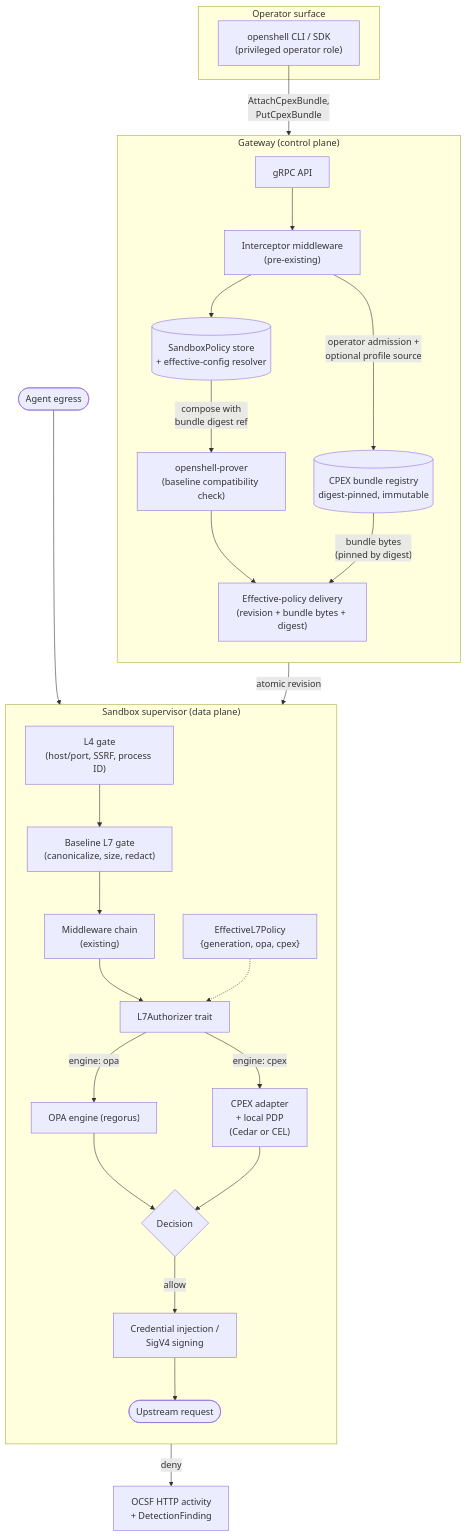
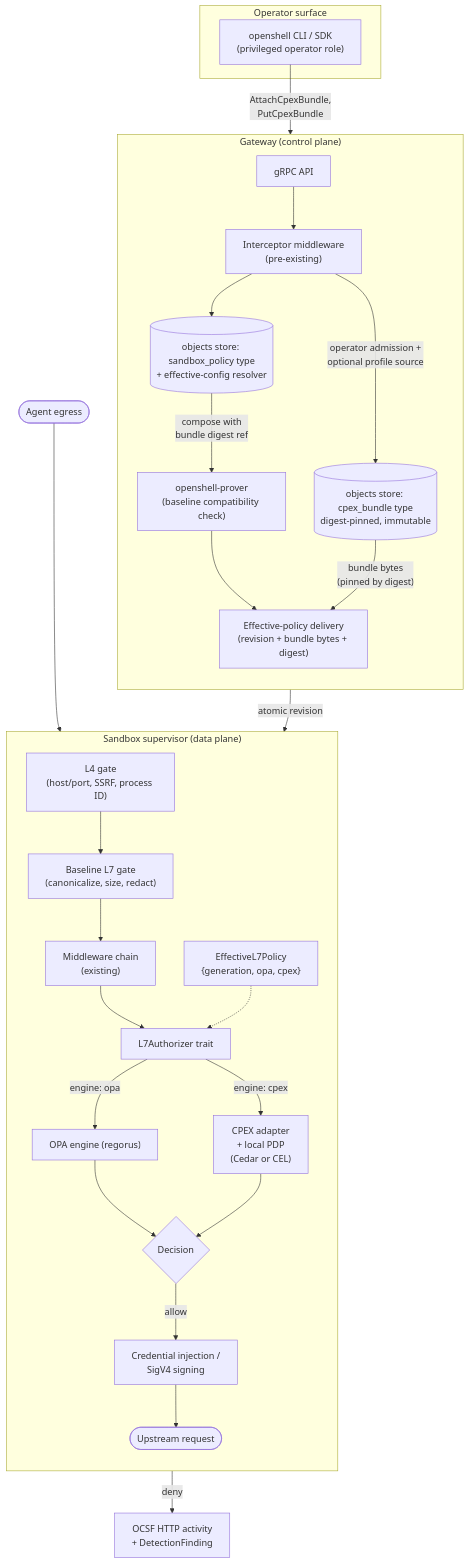
The first of 2 diagrams in docs/plans/2026-07-17-001-feat-cpex-openshell-integration.md (contextforge-org/cpex), drawn with Mermaid before and after one commit. The commit also changed other lines of this file, not shown here.

Commit message:
use existing OpenShell gateway store for bundle

````diff
--- a/docs/plans/2026-07-17-001-feat-cpex-openshell-integration.md
+++ b/docs/plans/2026-07-17-001-feat-cpex-openshell-integration.md
@@ -121,46 +121,46 @@
 ```mermaid
 flowchart TB
     subgraph OPERATOR["Operator surface"]
         OPCLI["openshell CLI / SDK<br/>(privileged operator role)"]
     end
 
     subgraph GATEWAY["Gateway (control plane)"]
         direction TB
         API["gRPC API"]
         INTERCEPT["Interceptor middleware<br/>(pre-existing)"]
-        REGISTRY[("CPEX bundle registry<br/>digest-pinned, immutable")]
-        POLSTORE[("SandboxPolicy store<br/>+ effective-config resolver")]
+        REGISTRY[("objects store: cpex_bundle type<br/>digest-pinned, immutable")]
+        POLSTORE[("objects store: sandbox_policy type<br/>+ effective-config resolver")]
         PROVER["openshell-prover<br/>(baseline compatibility check)"]
         DELIVER["Effective-policy delivery<br/>(revision + bundle bytes + digest)"]
     end
 
     subgraph SUPERVISOR["Sandbox supervisor (data plane)"]
         direction TB
         POLICYGEN["EffectiveL7Policy<br/>{generation, opa, cpex}"]
         L4["L4 gate<br/>(host/port, SSRF, process ID)"]
         BASELINE["Baseline L7 gate<br/>(canonicalize, size, redact)"]
         MW["Middleware chain<br/>(existing)"]
         AUTHZ["L7Authorizer trait"]
         OPA["OPA engine (regorus)"]
         CPEX_RT["CPEX adapter<br/>+ local PDP<br/>(Cedar or CEL)"]
         DECIDE{"Decision"}
         INJECT["Credential injection /<br/>SigV4 signing"]
         UPSTREAM(["Upstream request"])
     end
 
     OPCLI -- "AttachCpexBundle,<br/>PutCpexBundle" --> API
     API --> INTERCEPT
     INTERCEPT -- "operator admission +<br/>optional profile source" --> REGISTRY
     INTERCEPT --> POLSTORE
     POLSTORE -- "compose with<br/>bundle digest ref" --> PROVER
     PROVER --> DELIVER
     REGISTRY -- "bundle bytes<br/>(pinned by digest)" --> DELIVER
     DELIVER -- "atomic revision" --> POLICYGEN
 
     UPSTREAM_IN(["Agent egress"]) --> L4 --> BASELINE --> MW --> AUTHZ
     POLICYGEN -.-> AUTHZ
     AUTHZ -- "engine: opa" --> OPA --> DECIDE
     AUTHZ -- "engine: cpex" --> CPEX_RT --> DECIDE
     DECIDE -- "allow" --> INJECT --> UPSTREAM
     DECIDE -- "deny" --> OCSF["OCSF HTTP activity<br/>+ DetectionFinding"]
 ```
````
